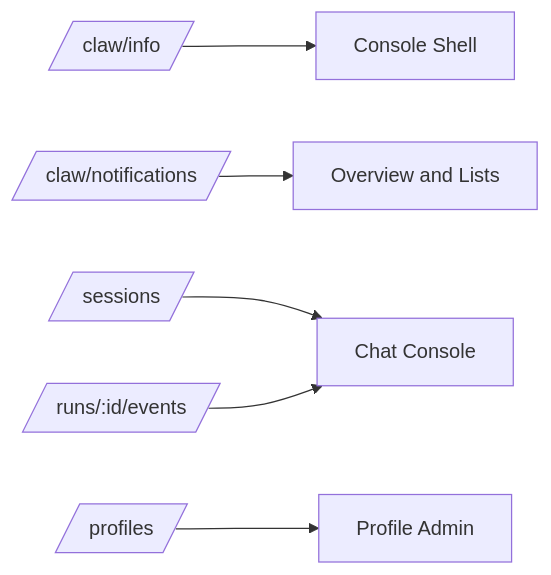
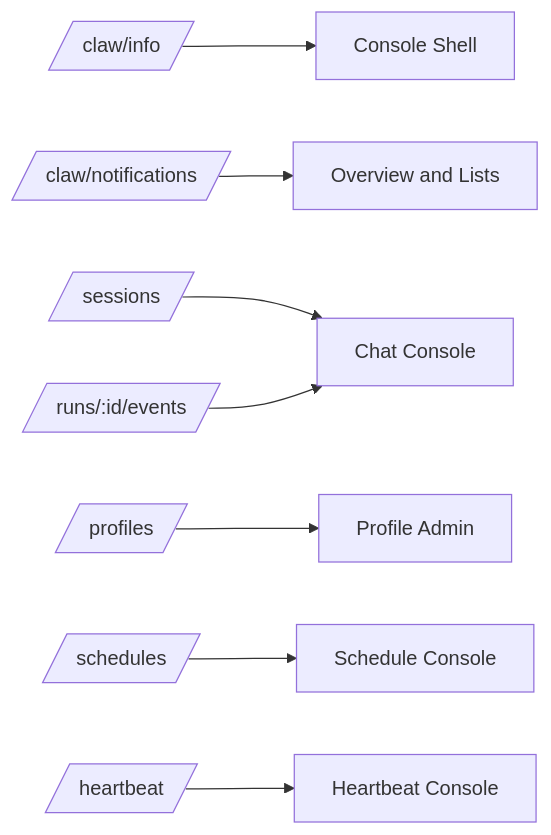
One commit to Wh1isper/ya-mono changed the second of 2 diagrams in packages/ya-claw/spec/05-web-ui-and-operations.md. Above: the diagram before and after it, drawn with Mermaid. The commit also changed other lines of this file and 31 other files, not shown here.

````diff
--- a/packages/ya-claw/spec/05-web-ui-and-operations.md
+++ b/packages/ya-claw/spec/05-web-ui-and-operations.md
@@ -70,8 +106,10 @@
 ```mermaid
 flowchart LR
     INFO[/claw/info/] --> SHELL[Console Shell]
     NOTIFY[/claw/notifications/] --> OVERVIEW[Overview and Lists]
     SESSIONS[/sessions/] --> CHAT[Chat Console]
     RUN_EVENTS[/runs/:id/events/] --> CHAT
     PROFILES[/profiles/] --> ADMIN[Profile Admin]
+    SCHEDULES[/schedules/] --> SCHED[Schedule Console]
+    HEARTBEAT[/heartbeat/] --> HB[Heartbeat Console]
 ```
````
